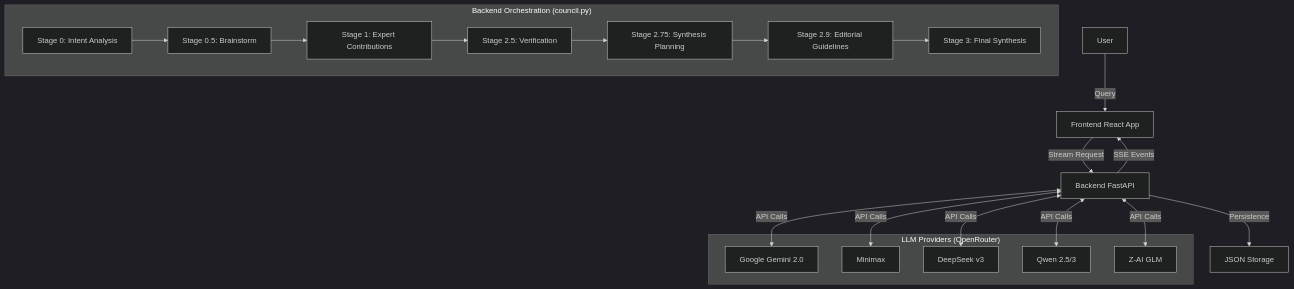
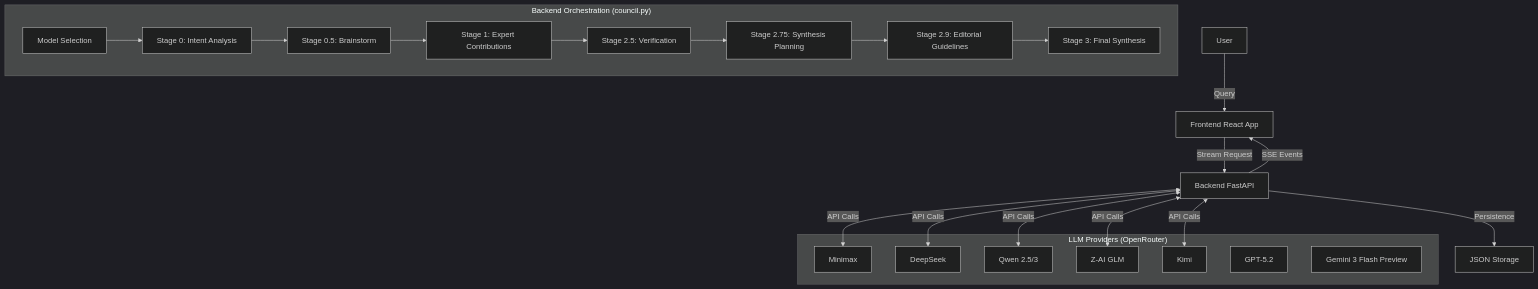
Before and after one commit to ikoneco/LLM-Council-Sigma: the diagram in docs/ARCHITECTURE.md, drawn with Mermaid (dark theme). The commit also changed other lines of this file and 15 other files, not shown here.

Commit message:
Add model selection flow and strengthen verification

````diff
--- a/docs/ARCHITECTURE.md
+++ b/docs/ARCHITECTURE.md
@@ -27,26 +27,29 @@
 ```mermaid
 graph TD
     User[User] -->|Query| FE[Frontend React App]
     FE -->|Stream Request| BE[Backend FastAPI]
     
     subgraph "Backend Orchestration (council.py)"
-        S0[Stage 0: Intent Analysis] --> B0[Stage 0.5: Brainstorm]
+        MS[Model Selection] --> S0[Stage 0: Intent Analysis]
+        S0 --> B0[Stage 0.5: Brainstorm]
         B0 --> S1[Stage 1: Expert Contributions]
         S1 --> V1[Stage 2.5: Verification]
         V1 --> P1[Stage 2.75: Synthesis Planning]
         P1 --> E1[Stage 2.9: Editorial Guidelines]
         E1 --> S3[Stage 3: Final Synthesis]
     end
     
     subgraph "LLM Providers (OpenRouter)"
-        M1[Google Gemini 2.0]
-        M2[Minimax]
-        M3[DeepSeek v3]
-        M4[Qwen 2.5/3]
-        M5[Z-AI GLM]
+        M1[Minimax]
+        M2[DeepSeek]
+        M3[Qwen 2.5/3]
+        M4[Z-AI GLM]
+        M5[Kimi]
+        M6[GPT-5.2]
+        M7[Gemini 3 Flash Preview]
     end
     
     BE <-->|API Calls| M1 & M2 & M3 & M4 & M5
     BE -->|SSE Events| FE
     BE -->|Persistence| FS[JSON Storage]
 ```
````
